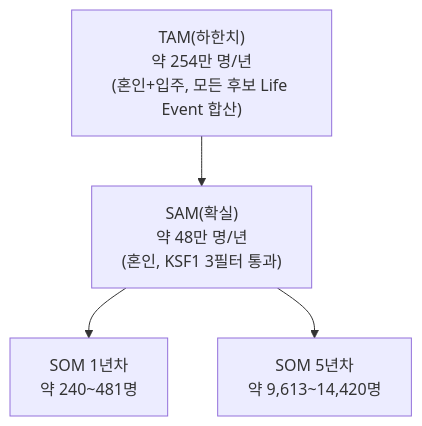
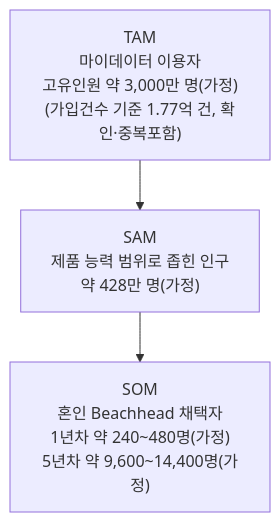
One commit to jennie-brain/idea changed the first of 2 diagrams in Industry and Business Analysis/04 - TAM-SAM-SOM 과 Market Segment Map.md. Above: the diagram before and after it, drawn with Mermaid. The commit also changed other lines of this file and 3 other files, not shown here.

First line of the commit message:
Finalize TAM=마이데이터 이용자 structure for step 4

````diff
--- a/Industry and Business Analysis/04 - TAM-SAM-SOM 과 Market Segment Map.md
+++ b/Industry and Business Analysis/04 - TAM-SAM-SOM 과 Market Segment Map.md
@@ -111,6 +36,5 @@
 ```mermaid
-flowchart TD
-    A["TAM(하한치)<br/>약 254만 명/년<br/>(혼인+입주, 모든 후보 Life Event 합산)"] --> B["SAM(확실)<br/>약 48만 명/년<br/>(혼인, KSF1 3필터 통과)"]
-    B --> C["SOM 1년차<br/>약 240~481명"]
-    B --> D["SOM 5년차<br/>약 9,613~14,420명"]
+graph TD
+    TAM["TAM<br/>마이데이터 이용자<br/>고유인원 약 3,000만 명(가정)<br/>(가입건수 기준 1.77억 건, 확인·중복포함)"] --> SAM["SAM<br/>제품 능력 범위로 좁힌 인구<br/>약 428만 명(가정)"]
+    SAM --> SOM["SOM<br/>혼인 Beachhead 채택자<br/>1년차 약 240~480명(가정)<br/>5년차 약 9,600~14,400명(가정)"]
 ```
````
